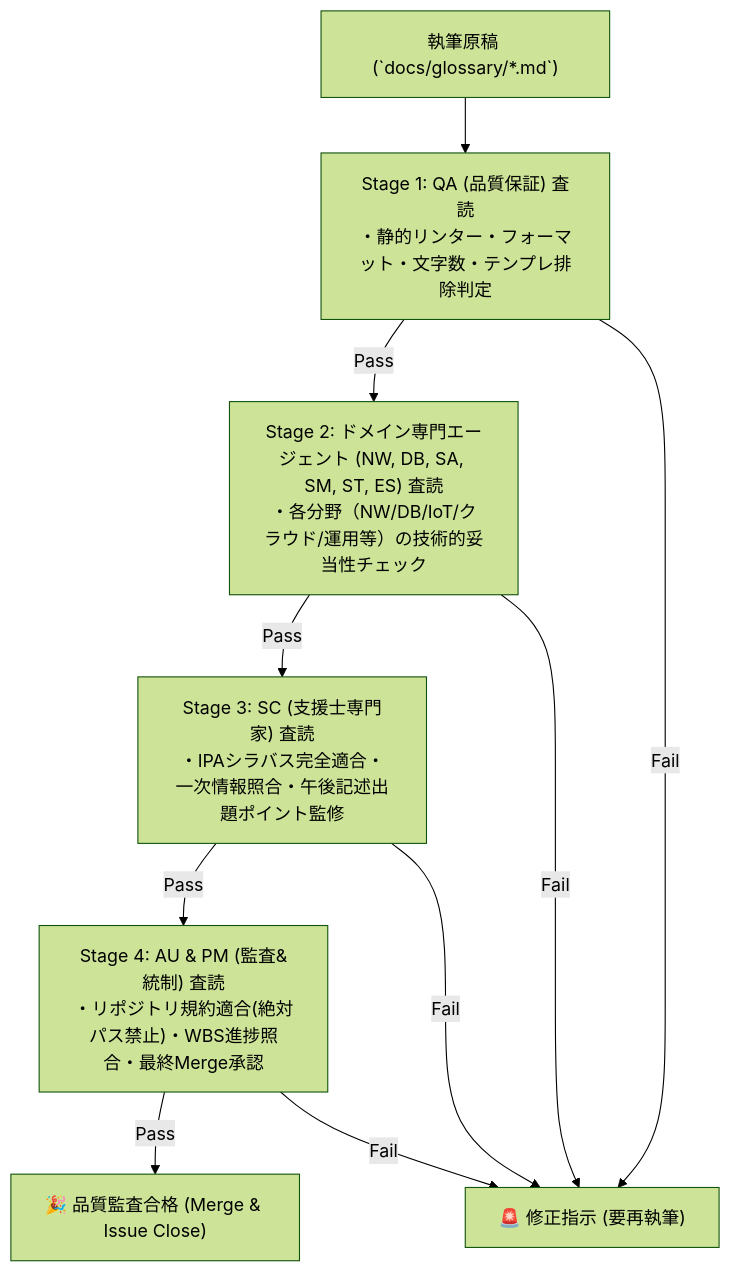
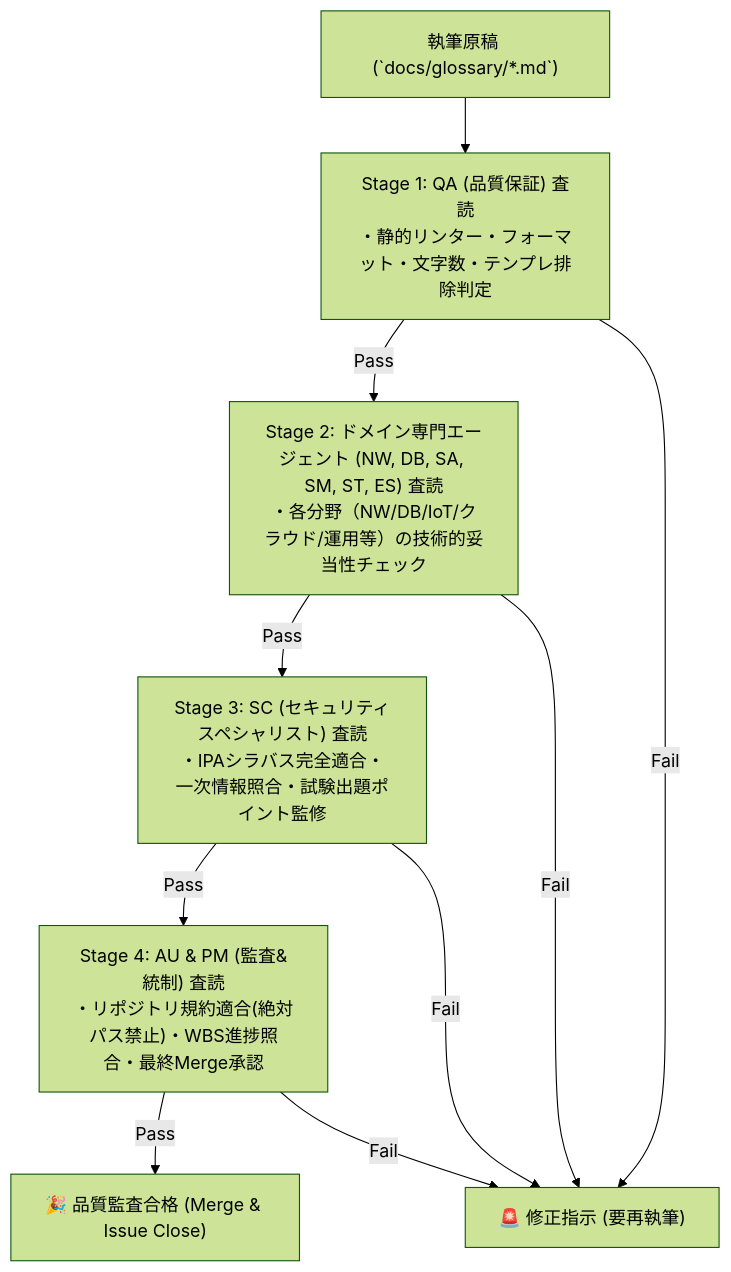
Before and after one commit to rokujyouhitoma/registered-Information-security-specialist-examination: the diagram in project-docs/glossary_refinement_plan.md, drawn with Mermaid (forest theme). The commit also changed other lines of this file, not shown here.

Commit message:
docs(compliance): correct agent title to Information Security Specialist according to name-exclusive qualification laws

````diff
--- a/project-docs/glossary_refinement_plan.md
+++ b/project-docs/glossary_refinement_plan.md
@@ -27,13 +27,13 @@
 ```mermaid
 flowchart TD
     Draft["執筆原稿 (`docs/glossary/*.md`)"] --> Gate1["Stage 1: QA (品質保証) 査読<br/>・静的リンター・フォーマット・文字数・テンプレ排除判定"]
     Gate1 -- Pass --> Gate2["Stage 2: ドメイン専門エージェント (NW, DB, SA, SM, ST, ES) 査読<br/>・各分野（NW/DB/IoT/クラウド/運用等）の技術的妥当性チェック"]
-    Gate2 -- Pass --> Gate3["Stage 3: SC (支援士専門家) 査読<br/>・IPAシラバス完全適合・一次情報照合・午後記述出題ポイント監修"]
+    Gate2 -- Pass --> Gate3["Stage 3: SC (セキュリティスペシャリスト) 査読<br/>・IPAシラバス完全適合・一次情報照合・試験出題ポイント監修"]
     Gate3 -- Pass --> Gate4["Stage 4: AU & PM (監査&統制) 査読<br/>・リポジトリ規約適合(絶対パス禁止)・WBS進捗照合・最終Merge承認"]
     Gate4 -- Pass --> Merged["🎉 品質監査合格 (Merge & Issue Close)"]
 
     Gate1 -- Fail --> Reject["🚨 修正指示 (要再執筆)"]
     Gate2 -- Fail --> Reject
     Gate3 -- Fail --> Reject
     Gate4 -- Fail --> Reject
 ```
````
